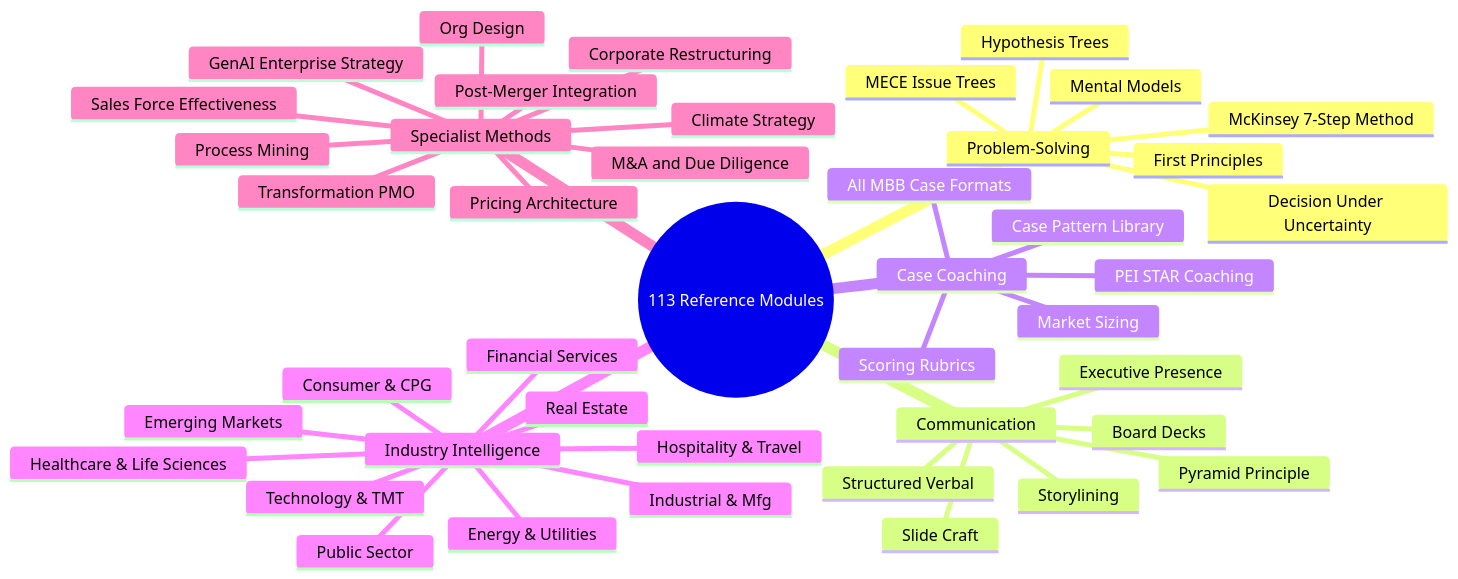
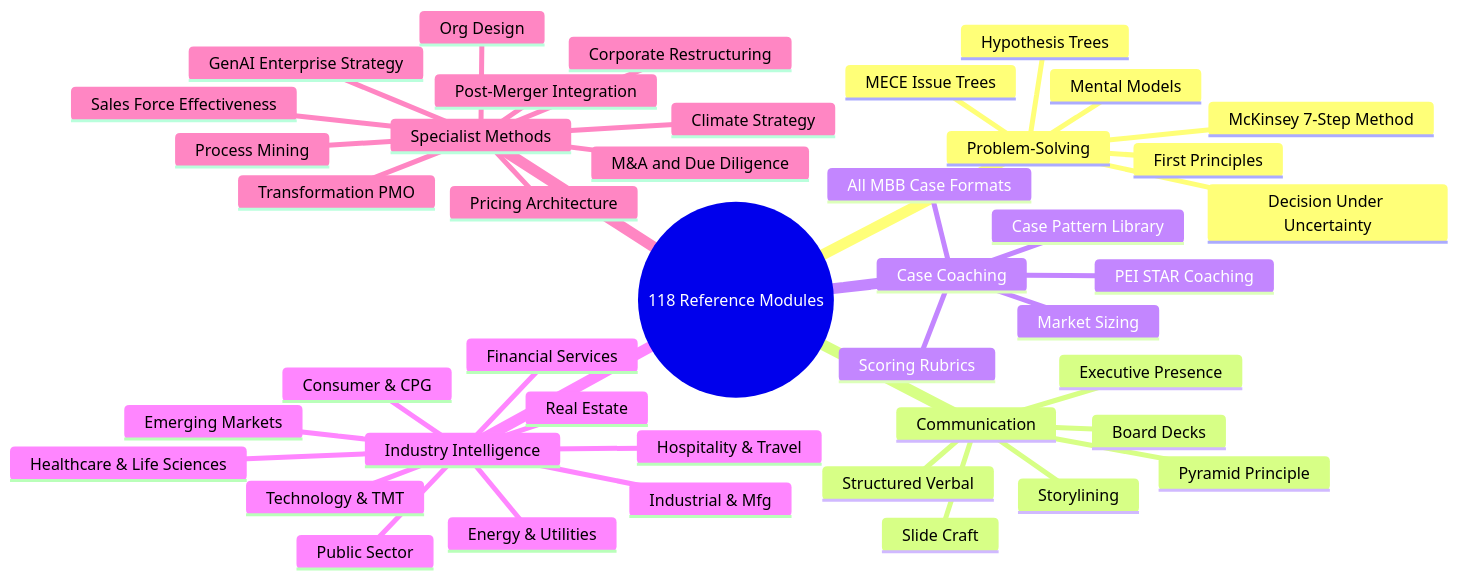
Before and after one commit to DogInfantry/claude-skill-management-consultant-B1: the second of 4 diagrams in README.md, drawn with Mermaid. The commit also changed other lines of this file, not shown here.

Commit message:
chore: update reference file count 113 -> 118 (M&A additions)

````diff
--- a/README.md
+++ b/README.md
@@ -57,46 +57,46 @@
 ```mermaid
 mindmap
-  root((113 Reference Modules))
+  root((118 Reference Modules))
     Problem-Solving
       MECE Issue Trees
       Hypothesis Trees
       First Principles
       Mental Models
       McKinsey 7-Step Method
       Decision Under Uncertainty
     Communication
       Pyramid Principle
       Storylining
       Slide Craft
       Executive Presence
       Structured Verbal
       Board Decks
     Case Coaching
       All MBB Case Formats
       Market Sizing
       Case Pattern Library
       PEI STAR Coaching
       Scoring Rubrics
     Industry Intelligence
       Healthcare & Life Sciences
       Financial Services
       Energy & Utilities
       Technology & TMT
       Consumer & CPG
       Industrial & Mfg
       Public Sector
       Real Estate
       Hospitality & Travel
       Emerging Markets
     Specialist Methods
       M&A and Due Diligence
       Post-Merger Integration
       Corporate Restructuring
       GenAI Enterprise Strategy
       Pricing Architecture
       Org Design
       Climate Strategy
       Transformation PMO
       Sales Force Effectiveness
       Process Mining
 ```
````
